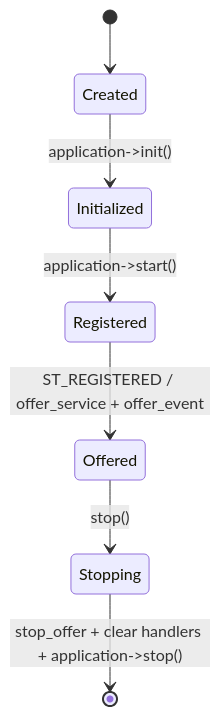
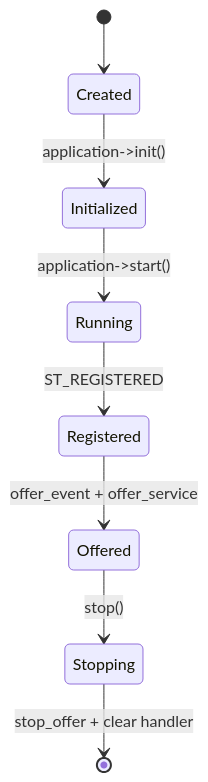
One commit to blackmyth-dev/mini-redis-cpp changed the second of 2 diagrams in docs/VSOMEIP_GUIDE_VI.md. Above: the diagram before and after it, drawn with Mermaid. The commit also changed other lines of this file and 3 other files, not shown here.

````diff
--- a/docs/VSOMEIP_GUIDE_VI.md
+++ b/docs/VSOMEIP_GUIDE_VI.md
@@ -11,9 +79,10 @@
 ```mermaid
 stateDiagram-v2
     [*] --> Created
     Created --> Initialized: application->init()
-    Initialized --> Registered: application->start()
-    Registered --> Offered: ST_REGISTERED / offer_service + offer_event
+    Initialized --> Running: application->start()
+    Running --> Registered: ST_REGISTERED
+    Registered --> Offered: offer_event + offer_service
     Offered --> Stopping: stop()
-    Stopping --> [*]: stop_offer + clear handlers + application->stop()
+    Stopping --> [*]: stop_offer + clear handler
 ```
````
